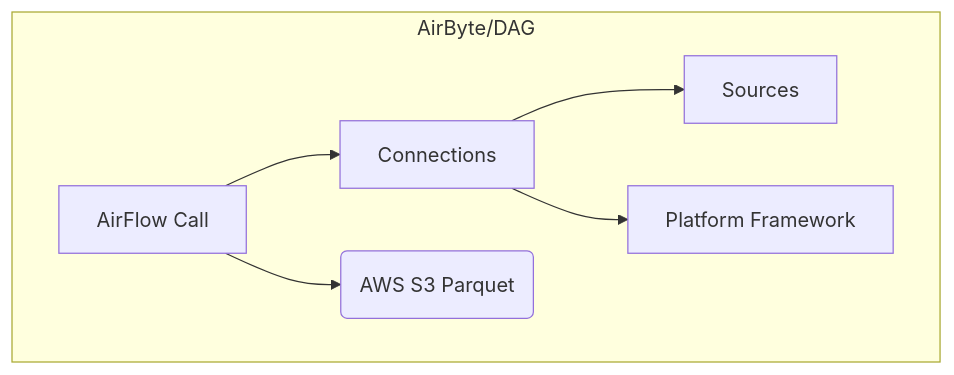
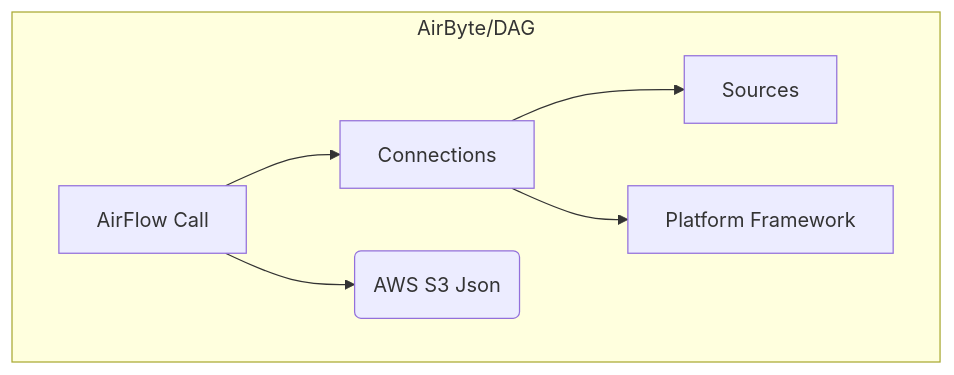
Before and after one commit to peddadap/design_templates: the seventh of 14 diagrams in README.md, drawn with Mermaid. The commit also changed other lines of this file and 2 other files, not shown here.

Commit message:
added recovery flows

````diff
--- a/README.md
+++ b/README.md
@@ -272,10 +272,10 @@
 ``` mermaid
 graph TB
     subgraph AirByte/DAG 
         AB.A[Connections]-->AB.B[Sources]
         AB.A-->AB.C[Platform Framework]
         AB.D[AirFlow Call]-->AB.A
-        AB.D -->AB.E(AWS S3 Parquet)
+        AB.D -->AB.E(AWS S3 Json)
 end
 
 ```
````
